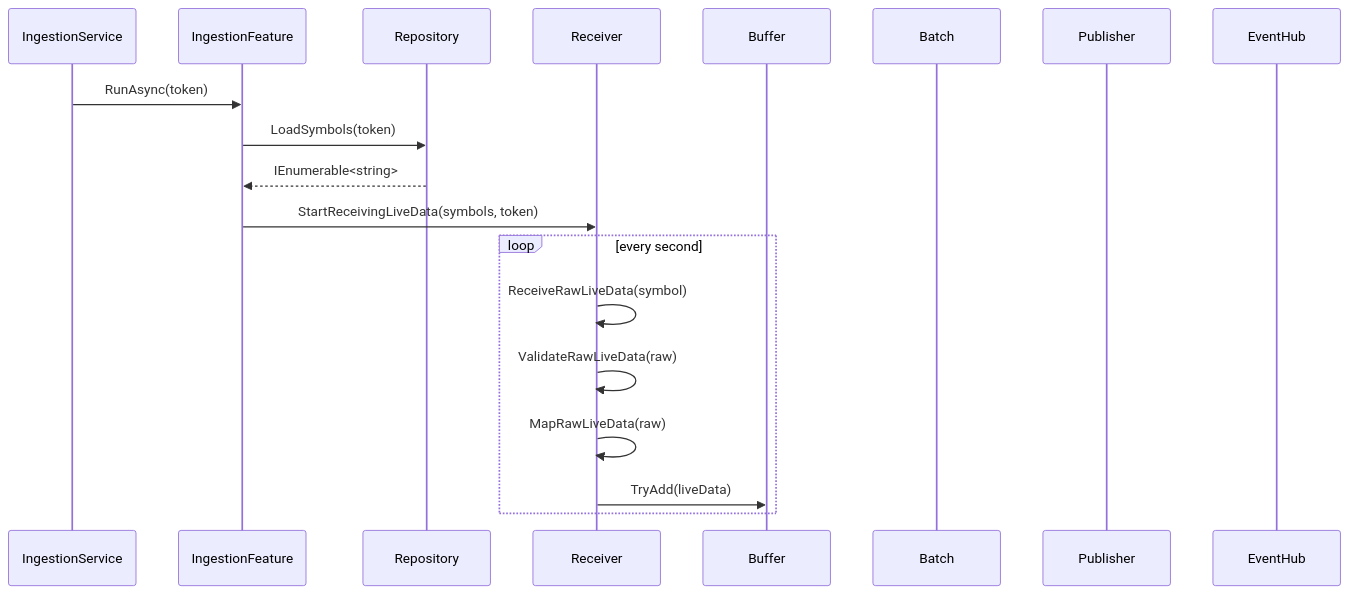
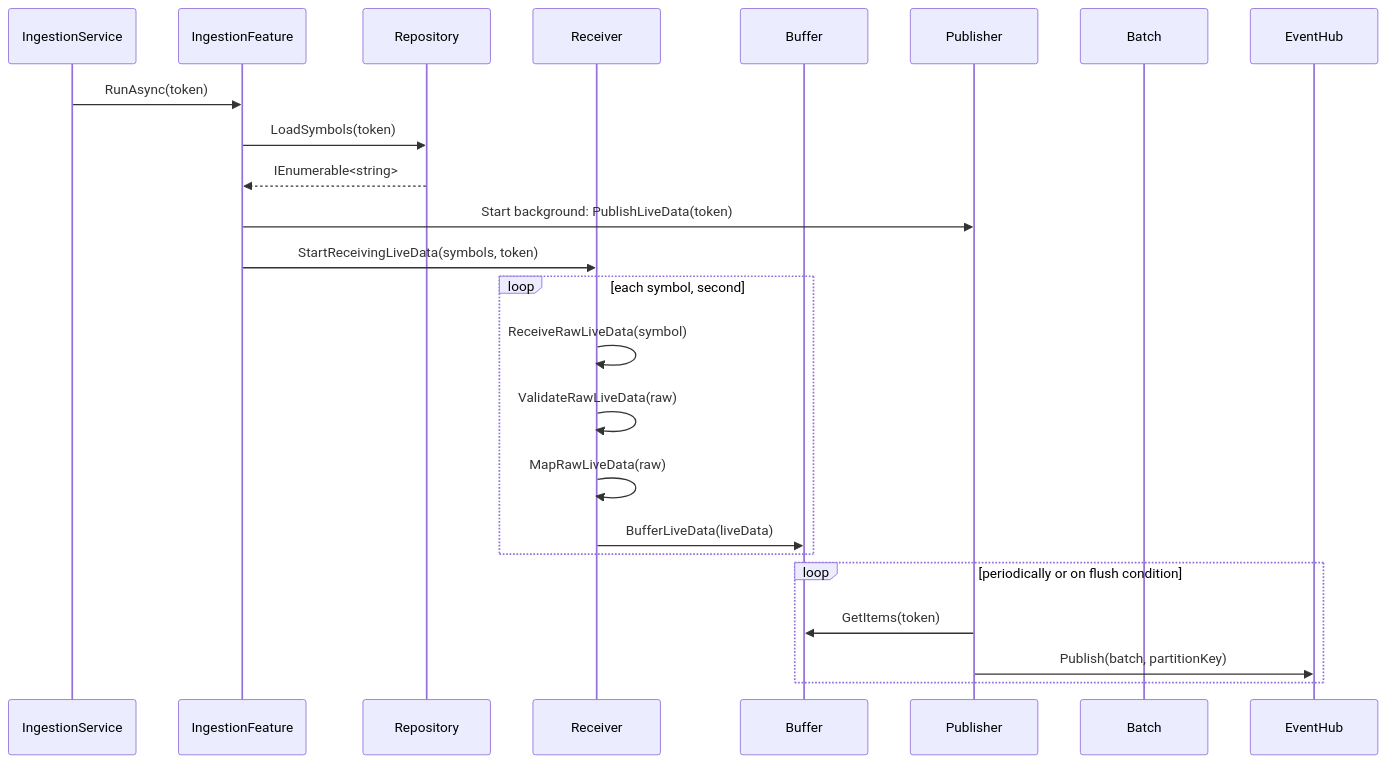
Before and after one commit to alex-horvath-net/MarketTrading: the diagram in SystemDesign.md, drawn with Mermaid. The commit also changed other lines of this file and 13 other files, not shown here.

````diff
--- a/SystemDesign.md
+++ b/SystemDesign.md
@@ -3,25 +3,32 @@
 ```mermaid
 sequenceDiagram
     participant IngestionService
     participant IngestionFeature
     participant Repository
     participant Receiver
     participant Buffer
+    participant Publisher
     participant Batch
-    participant Publisher
     participant EventHub
 
+    IngestionService->>IngestionFeature: RunAsync(token)
 
-
-    IngestionService->>IngestionFeature: RunAsync(token)
     IngestionFeature->>Repository: LoadSymbols(token)
     Repository-->>IngestionFeature: IEnumerable<string>
+
+    IngestionFeature->>Publisher: Start background: PublishLiveData(token)
+
+    IngestionFeature->>Receiver: StartReceivingLiveData(symbols, token)
     
-    IngestionFeature->>Receiver: StartReceivingLiveData(symbols, token)
-     loop every second
+    loop each symbol, second
         Receiver->>Receiver: ReceiveRawLiveData(symbol)
         Receiver->>Receiver: ValidateRawLiveData(raw)
         Receiver->>Receiver: MapRawLiveData(raw)
-        Receiver->>Buffer: TryAdd(liveData)
-     end
+        Receiver->>Buffer: BufferLiveData(liveData)
+    end
+
+    loop periodically or on flush condition
+        Publisher->>Buffer: GetItems(token)
+        Publisher->>EventHub: Publish(batch, partitionKey)
+    end
 ```
````
